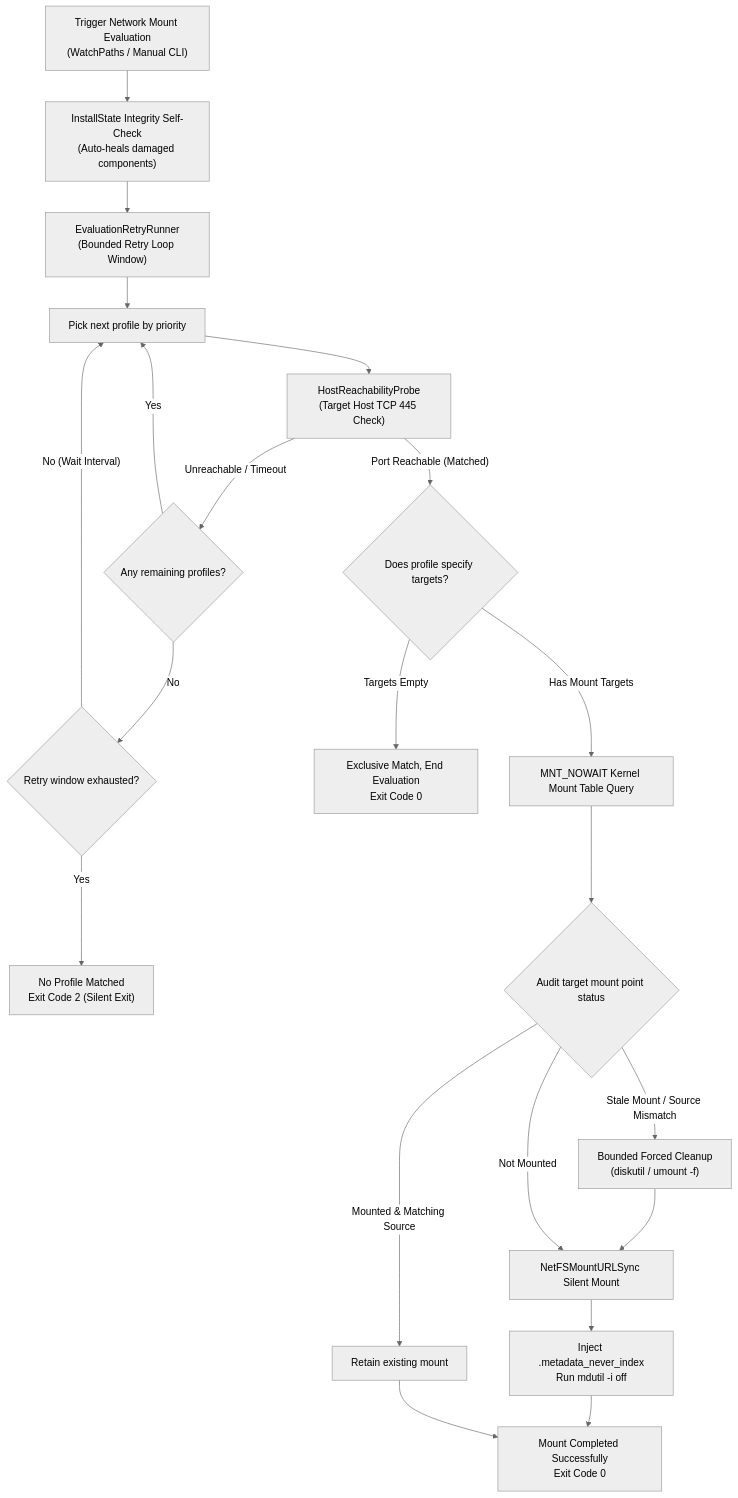
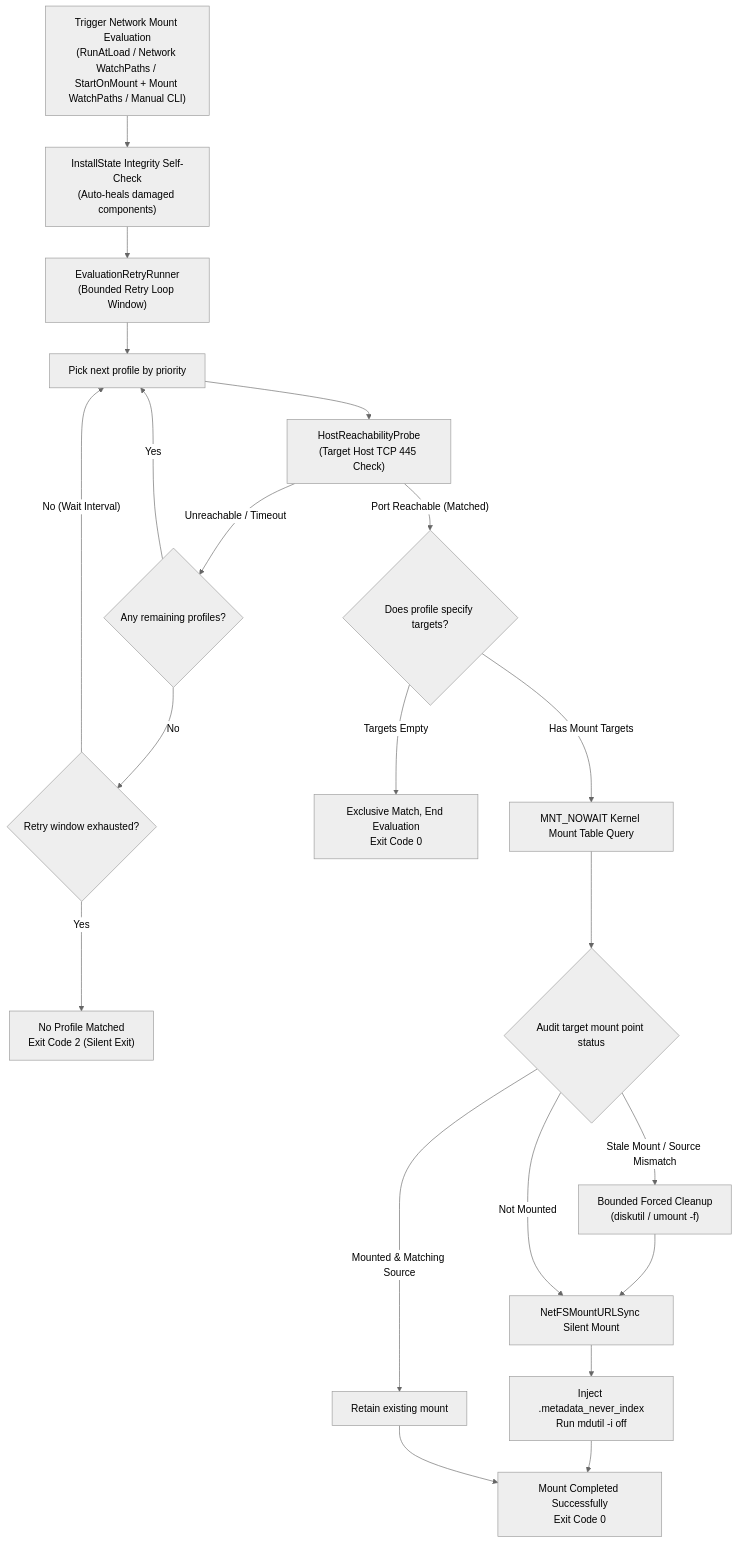
The diagram in ARCHITECTURE.en.md (jiezhengj/automnt), drawn with Mermaid (neutral theme) before and after one commit. The commit also changed other lines of this file and 17 other files, not shown here.

````diff
--- a/ARCHITECTURE.en.md
+++ b/ARCHITECTURE.en.md
@@ -5,28 +5,28 @@
 ```mermaid
 flowchart TD
-    Start["Trigger Network Mount Evaluation\n(WatchPaths / Manual CLI)"] --> HealthCheck["InstallState Integrity Self-Check\n(Auto-heals damaged components)"]
+    Start["Trigger Network Mount Evaluation\n(RunAtLoad / Network WatchPaths / StartOnMount + Mount WatchPaths / Manual CLI)"] --> HealthCheck["InstallState Integrity Self-Check\n(Auto-heals damaged components)"]
     HealthCheck --> RetryLoop["EvaluationRetryRunner\n(Bounded Retry Loop Window)"]
     
     RetryLoop --> NextProfile["Pick next profile by priority"]
     NextProfile --> HostProbe["HostReachabilityProbe\n(Target Host TCP 445 Check)"]
     
     HostProbe -- "Unreachable / Timeout" --> HasMoreProfiles{"Any remaining profiles?"}
     HasMoreProfiles -- "Yes" --> NextProfile
     HasMoreProfiles -- "No" --> WindowCheck{"Retry window exhausted?"}
     WindowCheck -- "No (Wait Interval)" --> NextProfile
     WindowCheck -- "Yes" --> ExitSilent["No Profile Matched\nExit Code 2 (Silent Exit)"]
     
     HostProbe -- "Port Reachable (Matched)" --> HasTargets{"Does profile specify targets?"}
     HasTargets -- "Targets Empty" --> ExitSuccess["Exclusive Match, End Evaluation\nExit Code 0"]
     HasTargets -- "Has Mount Targets" --> KernelScan["MNT_NOWAIT Kernel Mount Table Query"]
     
     KernelScan --> TargetAudit{"Audit target mount point status"}
     TargetAudit -- "Mounted & Matching Source" --> KeepMount["Retain existing mount"]
     TargetAudit -- "Stale Mount / Source Mismatch" --> BoundedClean["Bounded Forced Cleanup\n(diskutil / umount -f)"]
     BoundedClean --> DoMount["NetFSMountURLSync Silent Mount"]
     TargetAudit -- "Not Mounted" --> DoMount
     
     DoMount --> SpotlightShield["Inject .metadata_never_index\nRun mdutil -i off"]
     SpotlightShield --> Finish["Mount Completed Successfully\nExit Code 0"]
     KeepMount --> Finish
 ```
````
